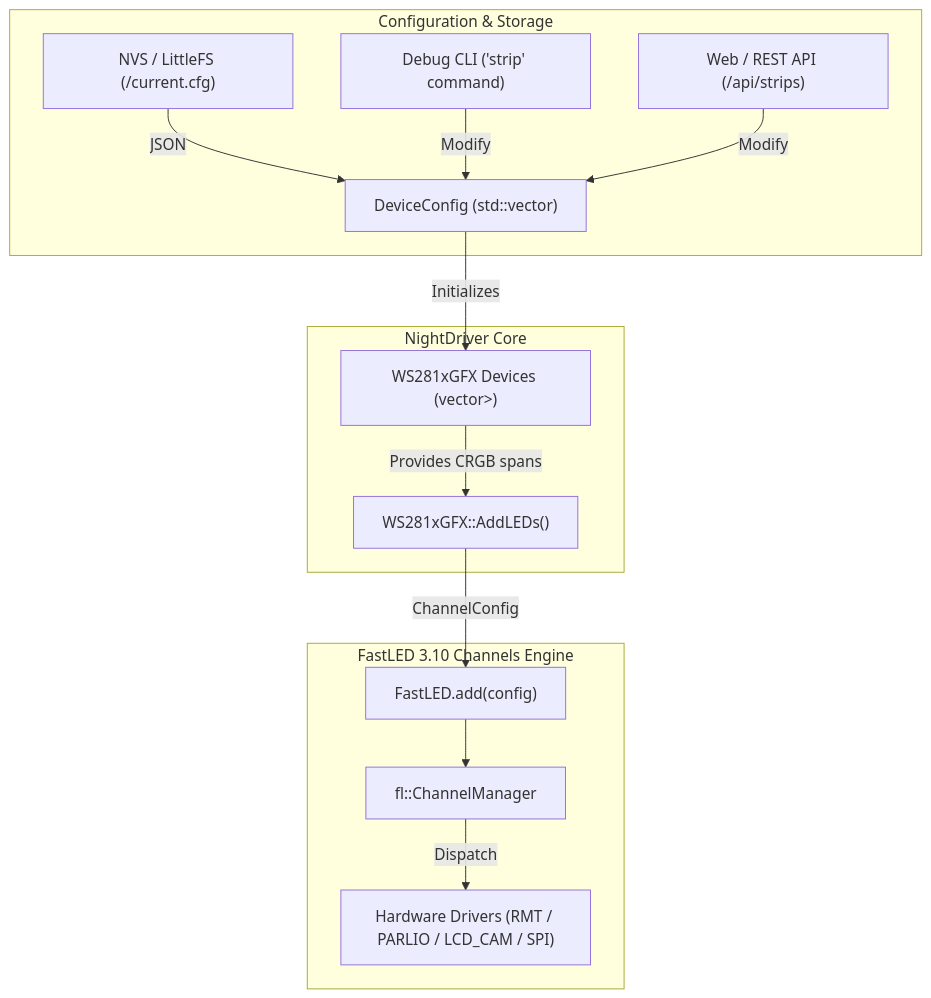
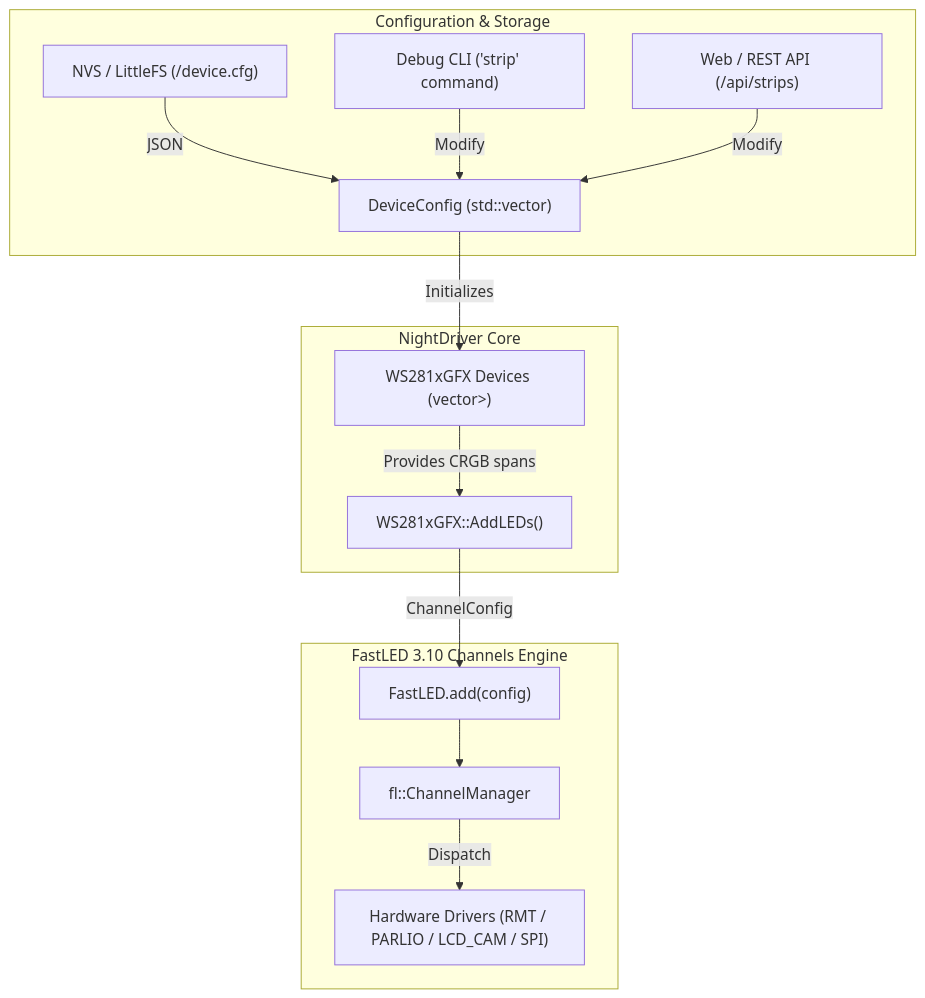
Before and after one commit to robertlipe/nightdriver-afterglow: the diagram in docs/channels.md, drawn with Mermaid. The commit also changed other lines of this file and 8 other files, not shown here.

````diff
--- a/docs/channels.md
+++ b/docs/channels.md
@@ -23,19 +23,19 @@
 ```mermaid
 flowchart TD
     subgraph Config["Configuration & Storage"]
-        NVS["NVS / LittleFS (/current.cfg)"] -->|JSON| DC["DeviceConfig (std::vector<StripConfig>)"]
+        NVS["NVS / LittleFS (/device.cfg)"] -->|JSON| DC["DeviceConfig (std::vector<StripConfig>)"]
         CLI["Debug CLI ('strip' command)"] -->|Modify| DC
         Web["Web / REST API (/api/strips)"] -->|Modify| DC
     end
 
     subgraph Core["NightDriver Core"]
         DC -->|Initializes| GFX["WS281xGFX Devices (vector<shared_ptr<GFXBase>>)"]
         GFX -->|Provides CRGB spans| Add["WS281xGFX::AddLEDs()"]
     end
 
     subgraph FastLED_Engine["FastLED 3.10 Channels Engine"]
         Add -->|ChannelConfig| FAdd["FastLED.add(config)"]
         FAdd --> CM["fl::ChannelManager"]
         CM -->|Dispatch| Drivers["Hardware Drivers (RMT / PARLIO / LCD_CAM / SPI)"]
     end
 ```
````
